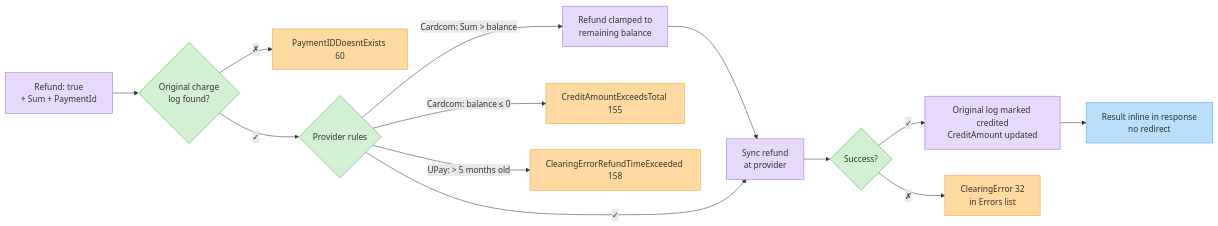
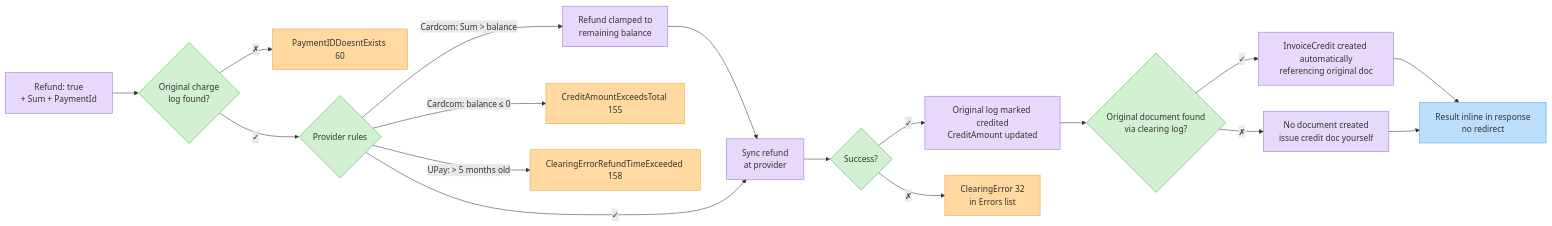
The second of 2 diagrams in clearing/process-api-request-v2.md (invoice4udev-hue/i4u-docs), drawn with Mermaid before and after one commit. The commit also changed other lines of this file, not shown here.

Commit message:
docs(clearing): document automatic InvoiceCredit creation on refunds, in prose and diagram

````diff
--- a/clearing/process-api-request-v2.md
+++ b/clearing/process-api-request-v2.md
@@ -231,20 +237,24 @@
 ```mermaid
 flowchart LR
     classDef step fill:#E7D9FC,stroke:#9B6DD6,color:#333
     classDef dec fill:#D2F0D2,stroke:#4CAF50,color:#333
     classDef err fill:#FFD9A0,stroke:#E8A33D,color:#333
     classDef cb fill:#BBDEFB,stroke:#42A5F5,color:#333
 
     A[Refund: true<br/>+ Sum + PaymentId]:::step --> B{Original charge<br/>log found?}:::dec
     B -- ✗ --> E1[PaymentIDDoesntExists 60]:::err
     B -- ✓ --> C{Provider rules}:::dec
     C -- "Cardcom: Sum > balance" --> C2[Refund clamped to<br/>remaining balance]:::step
     C2 --> D
     C -- "Cardcom: balance ≤ 0" --> E2[CreditAmountExceedsTotal 155]:::err
     C -- "UPay: > 5 months old" --> E3[ClearingErrorRefundTimeExceeded 158]:::err
     C -- ✓ --> D[Sync refund<br/>at provider]:::step
     D --> F{Success?}:::dec
     F -- ✓ --> G[Original log marked credited<br/>CreditAmount updated]:::step
-    G --> H[Result inline in response<br/>no redirect]:::cb
+    G --> I{Original document found<br/>via clearing log?}:::dec
+    I -- ✓ --> J[InvoiceCredit created automatically<br/>referencing original doc]:::step
+    I -- ✗ --> K[No document created<br/>issue credit doc yourself]:::step
+    J --> H[Result inline in response<br/>no redirect]:::cb
+    K --> H
     F -- ✗ --> E4[ClearingError 32<br/>in Errors list]:::err
 ```
````
